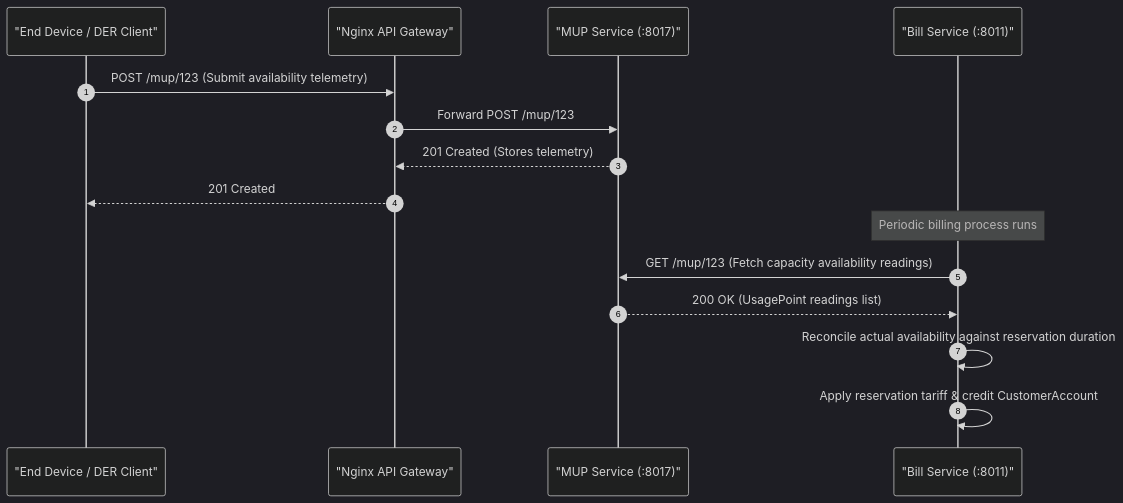
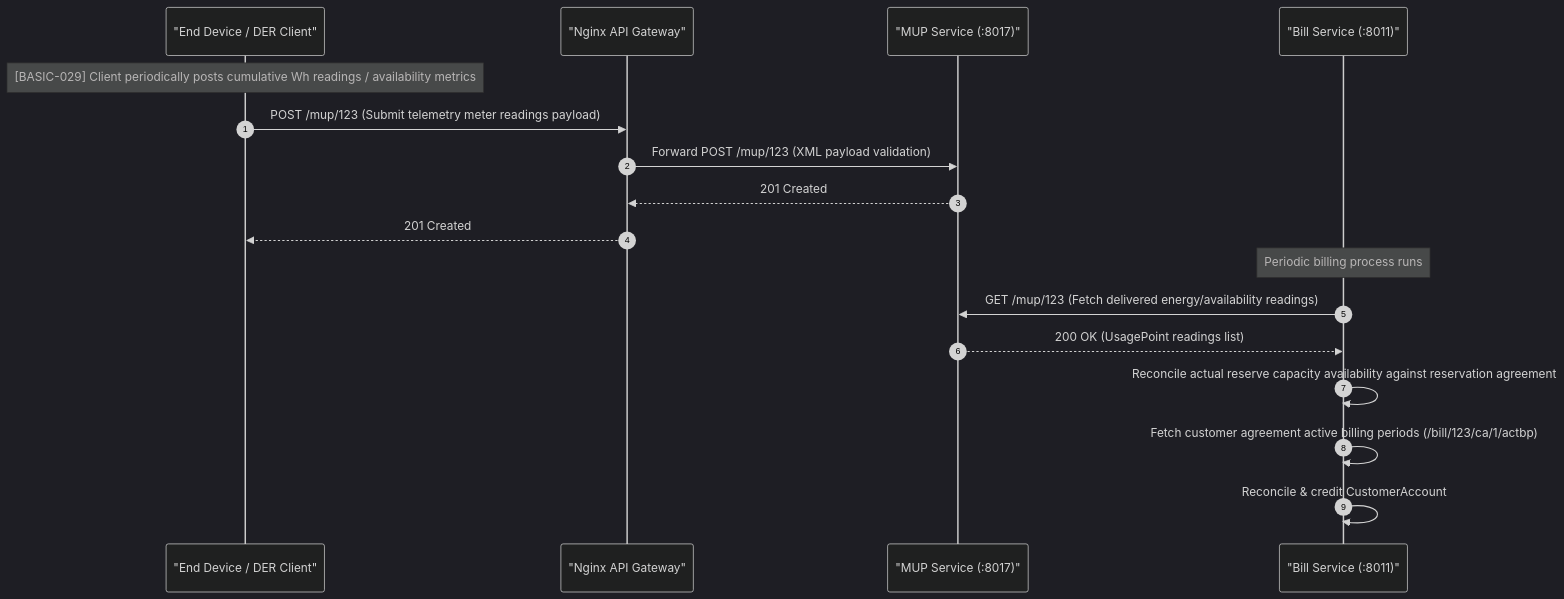
Before and after one commit to Tylores/egot: the sixth of 6 diagrams in lifecycles/reserve.md, drawn with Mermaid (dark theme). The commit also changed other lines of this file and 68 other files, not shown here.

Commit message:
refactor: migrate to microservices architecture, add validation tools and scenario tests

````diff
--- a/lifecycles/reserve.md
+++ b/lifecycles/reserve.md
@@ -102,19 +176,22 @@
 ```mermaid
 sequenceDiagram
     autonumber
     participant Client as "End Device / DER Client"
     participant GW as "Nginx API Gateway"
     participant MUP as "MUP Service (:8017)"
     participant Bill as "Bill Service (:8011)"
 
-    Client->>GW: POST /mup/123 (Submit availability telemetry)
-    GW->>MUP: Forward POST /mup/123
-    MUP-->>GW: 201 Created (Stores telemetry)
+    Note over Client: [BASIC-029] Client periodically posts cumulative Wh readings / availability metrics
+    Client->>GW: POST /mup/123 (Submit telemetry meter readings payload)
+    GW->>MUP: Forward POST /mup/123 (XML payload validation)
+    MUP-->>GW: 201 Created
     GW-->>Client: 201 Created
 
     Note over Bill: Periodic billing process runs
-    Bill->>MUP: GET /mup/123 (Fetch capacity availability readings)
+    Bill->>MUP: GET /mup/123 (Fetch delivered energy/availability readings)
     MUP-->>Bill: 200 OK (UsagePoint readings list)
-    Bill->>Bill: Reconcile actual availability against reservation duration
-    Bill->>Bill: Apply reservation tariff & credit CustomerAccount
+    
+    Bill->>Bill: Reconcile actual reserve capacity availability against reservation agreement
+    Bill->>Bill: Fetch customer agreement active billing periods (/bill/123/ca/1/actbp)
+    Bill->>Bill: Reconcile & credit CustomerAccount
 ```
````
